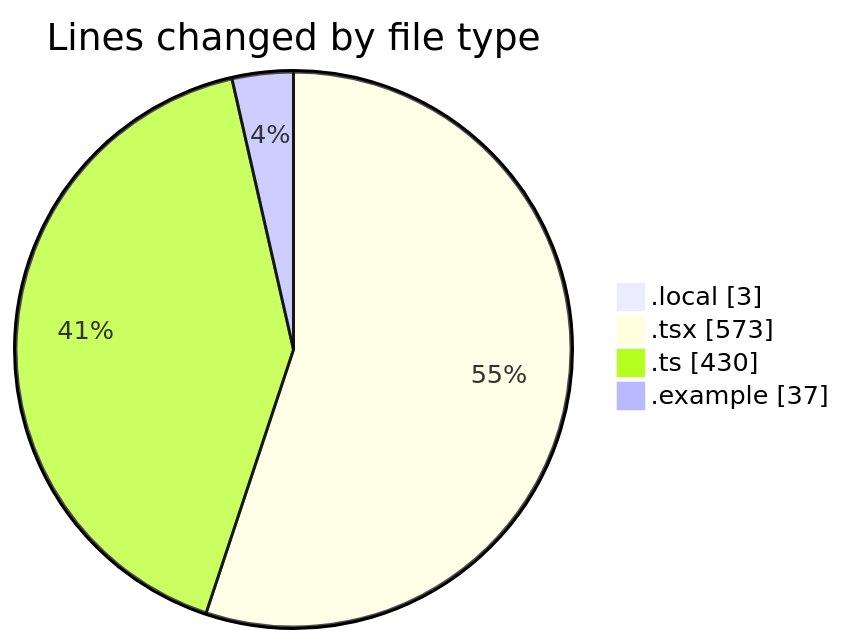
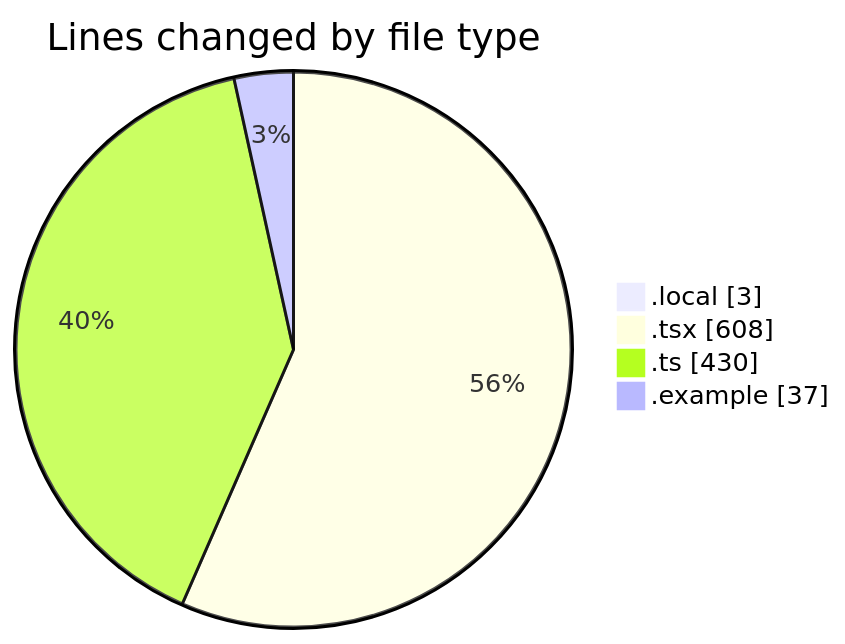
Before and after one commit to julien-gomy/code-tracking: the first of 2 diagrams in 2025-11-20/eventscop-frontend-guide__workspace_/README.md, drawn with Mermaid. The commit also changed other lines of this file and 1 other file, not shown here.

````diff
--- a/2025-11-20/eventscop-frontend-guide__workspace_/README.md
+++ b/2025-11-20/eventscop-frontend-guide__workspace_/README.md
@@ -36,8 +37,8 @@
 ```mermaid
 pie showData
 title Lines changed by file type
 ".local" : 3
-".tsx" : 573
+".tsx" : 608
 ".ts" : 430
 ".example" : 37
 ```
````
